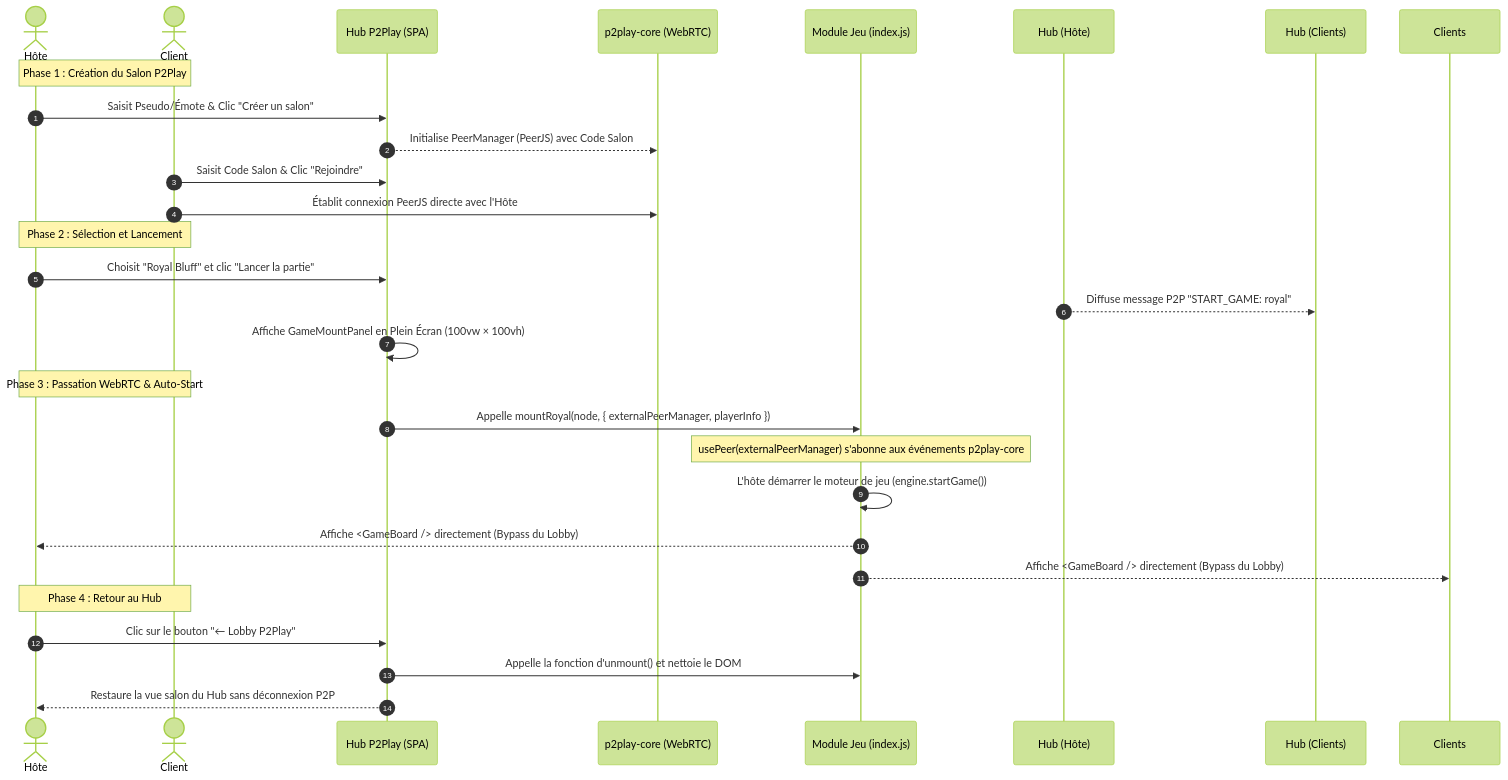
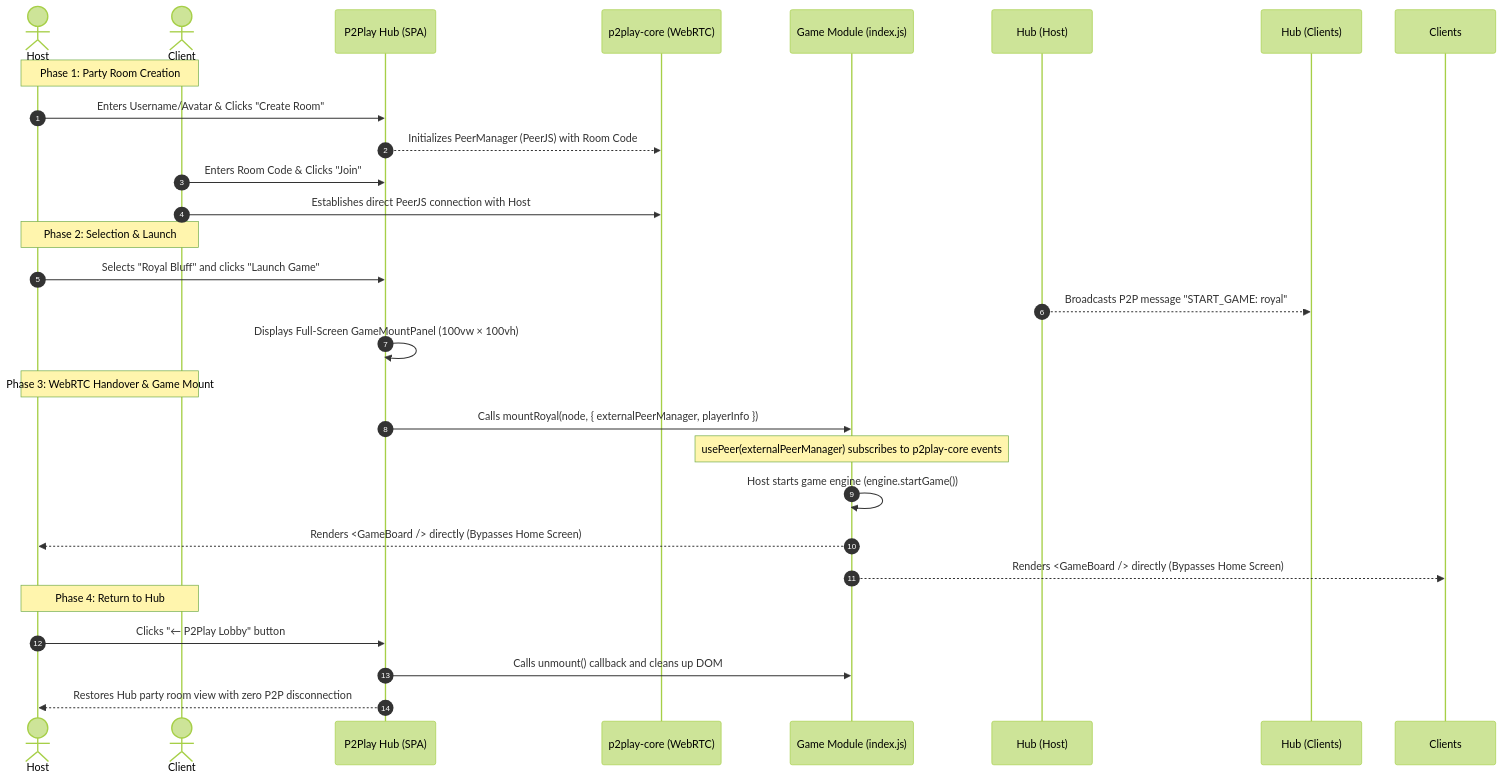
Before and after one commit to Julien1498/hub-p2play: the diagram in docs/architecture.md, drawn with Mermaid (forest theme). The commit also changed other lines of this file and 3 other files, not shown here.

````diff
--- a/docs/architecture.md
+++ b/docs/architecture.md
@@ -26,32 +26,32 @@
 ```mermaid
 sequenceDiagram
     autonumber
-    actor Hôte
+    actor Host
     actor Client
-    participant Hub as Hub P2Play (SPA)
+    participant Hub as P2Play Hub (SPA)
     participant Core as p2play-core (WebRTC)
-    participant Game as Module Jeu (index.js)
+    participant Game as Game Module (index.js)
 
-    Note over Hôte, Client: Phase 1 : Création du Salon P2Play
-    Hôte->>Hub: Saisit Pseudo/Émote & Clic "Créer un salon"
-    Hub-->>Core: Initialise PeerManager (PeerJS) avec Code Salon
-    Client->>Hub: Saisit Code Salon & Clic "Rejoindre"
-    Client->>Core: Établit connexion PeerJS directe avec l'Hôte
+    Note over Host, Client: Phase 1: Party Room Creation
+    Host->>Hub: Enters Username/Avatar & Clicks "Create Room"
+    Hub-->>Core: Initializes PeerManager (PeerJS) with Room Code
+    Client->>Hub: Enters Room Code & Clicks "Join"
+    Client->>Core: Establishes direct PeerJS connection with Host
 
-    Note over Hôte, Client: Phase 2 : Sélection et Lancement
-    Hôte->>Hub: Choisit "Royal Bluff" et clic "Lancer la partie"
-    Hub (Hôte)-->>Hub (Clients): Diffuse message P2P "START_GAME: royal"
-    Hub->>Hub: Affiche GameMountPanel en Plein Écran (100vw × 100vh)
+    Note over Host, Client: Phase 2: Selection & Launch
+    Host->>Hub: Selects "Royal Bluff" and clicks "Launch Game"
+    Hub (Host)-->>Hub (Clients): Broadcasts P2P message "START_GAME: royal"
+    Hub->>Hub: Displays Full-Screen GameMountPanel (100vw × 100vh)
 
-    Note over Hôte, Client: Phase 3 : Passation WebRTC & Auto-Start
-    Hub->>Game: Appelle mountRoyal(node, { externalPeerManager, playerInfo })
-    Note over Game: usePeer(externalPeerManager) s'abonne aux événements p2play-core
-    Game->>Game: L'hôte démarrer le moteur de jeu (engine.startGame())
-    Game-->>Hôte: Affiche <GameBoard /> directement (Bypass du Lobby)
-    Game-->>Clients: Affiche <GameBoard /> directement (Bypass du Lobby)
+    Note over Host, Client: Phase 3: WebRTC Handover & Game Mount
+    Hub->>Game: Calls mountRoyal(node, { externalPeerManager, playerInfo })
+    Note over Game: usePeer(externalPeerManager) subscribes to p2play-core events
+    Game->>Game: Host starts game engine (engine.startGame())
+    Game-->>Host: Renders <GameBoard /> directly (Bypasses Home Screen)
+    Game-->>Clients: Renders <GameBoard /> directly (Bypasses Home Screen)
 
-    Note over Hôte, Client: Phase 4 : Retour au Hub
-    Hôte->>Hub: Clic sur le bouton "← Lobby P2Play"
-    Hub->>Game: Appelle la fonction d'unmount() et nettoie le DOM
-    Hub-->>Hôte: Restaure la vue salon du Hub sans déconnexion P2P
+    Note over Host, Client: Phase 4: Return to Hub
+    Host->>Hub: Clicks "← P2Play Lobby" button
+    Hub->>Game: Calls unmount() callback and cleans up DOM
+    Hub-->>Host: Restores Hub party room view with zero P2P disconnection
 ```
````
